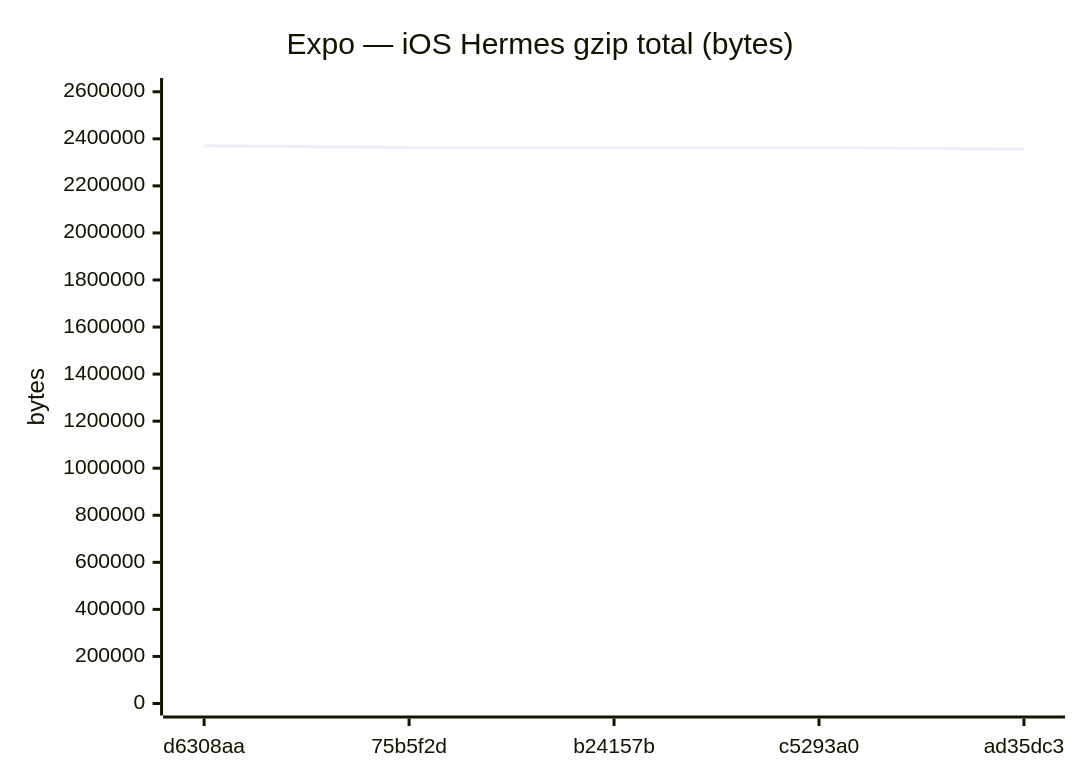
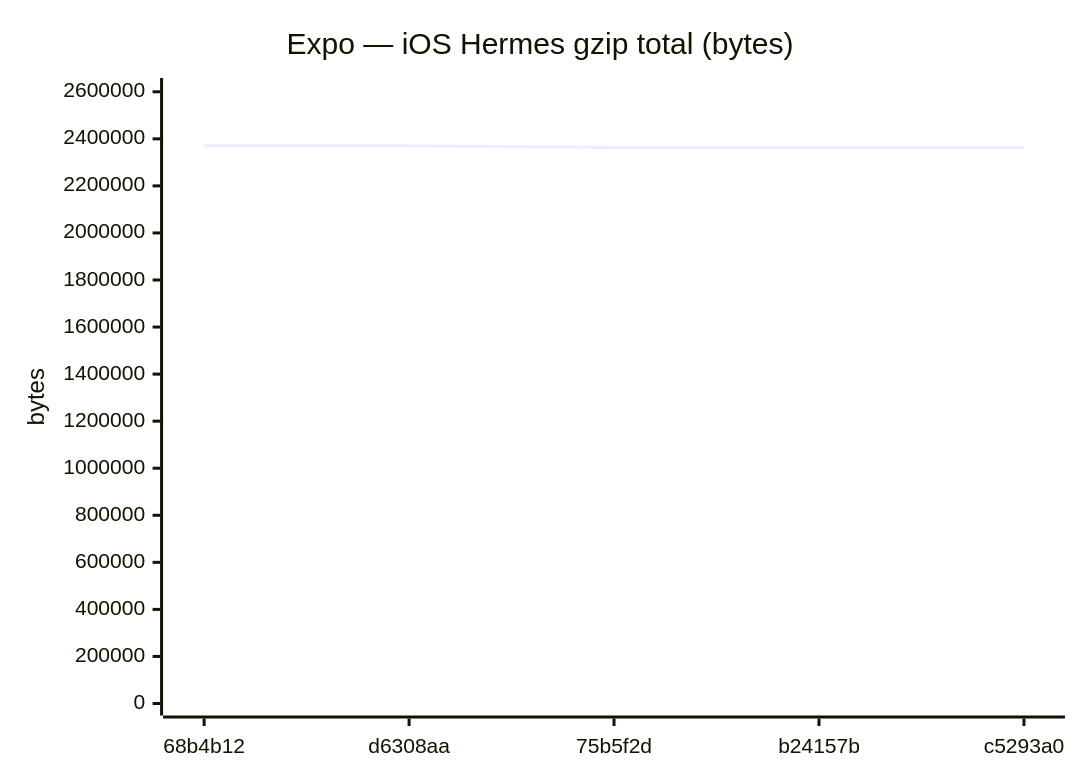
Diagram 16 of 24 in benchmarks/compare.md (Metaheurist/Rianell), drawn with Mermaid before and after one commit. The commit also changed other lines of this file and 14 other files, not shown here.

````diff
--- a/benchmarks/compare.md
+++ b/benchmarks/compare.md
@@ -228,7 +228,7 @@
 ```mermaid
 xychart-beta
     title "Expo — iOS Hermes gzip total (bytes)"
-    x-axis ["d6308aa", "75b5f2d", "b24157b", "c5293a0", "ad35dc3"]
+    x-axis ["68b4b12", "d6308aa", "75b5f2d", "b24157b", "c5293a0"]
     y-axis "bytes" 0 --> 2607543
-    line [2370493, 2363429, 2363431, 2363430, 2356086]
+    line [2370491, 2370493, 2363429, 2363431, 2363430]
 ```
````
